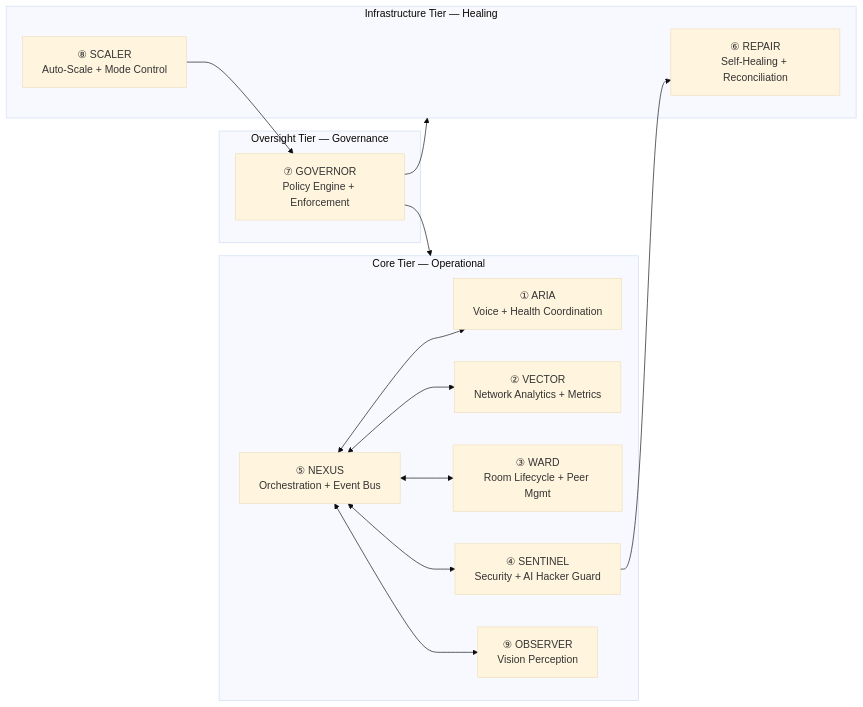
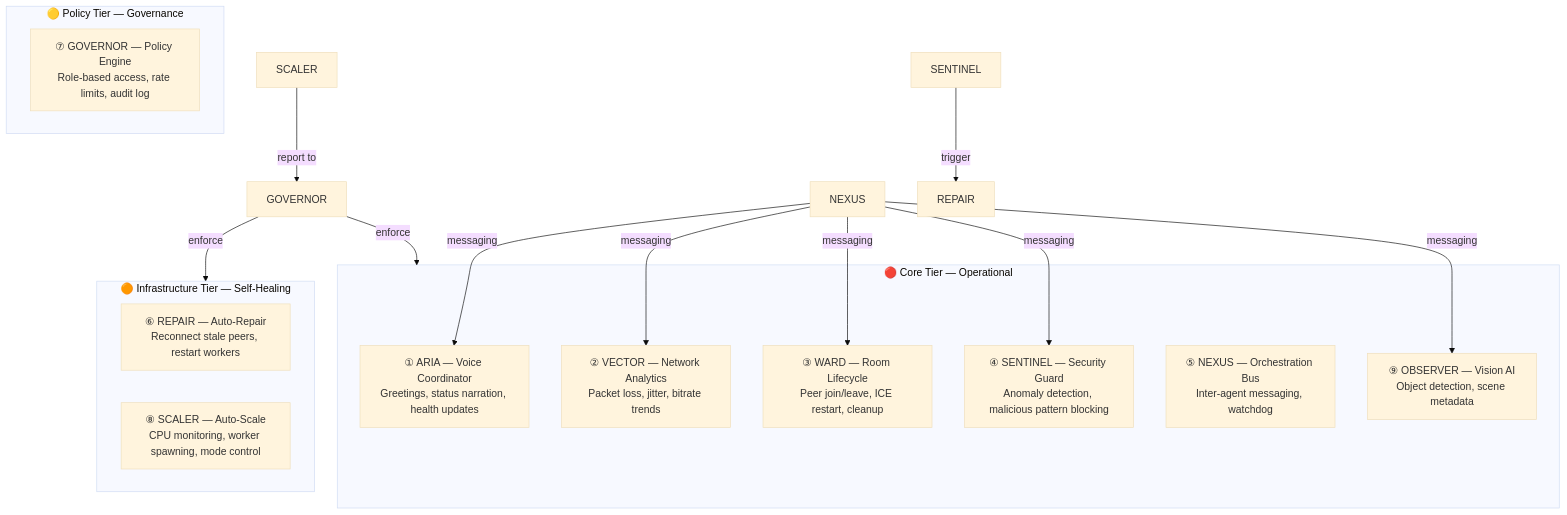
One commit to 4citeB4U/LeeWay-Edge-RTC changed the fourth of 4 diagrams in README.md. Above: the diagram before and after it, drawn with Mermaid (base theme). The commit also changed other lines of this file, not shown here.

Commit message:
Restructure README: app-focused with diagrams, SDK introduced in getting-started

````diff
--- a/README.md
+++ b/README.md
@@ -316,22 +147,25 @@
 ```mermaid
-graph LR
-  subgraph CORE_T["Core Tier — Operational"]
-    A1["① ARIA\nVoice + Health Coordination"]
-    A2["② VECTOR\nNetwork Analytics + Metrics"]
-    A3["③ WARD\nRoom Lifecycle + Peer Mgmt"]
-    A4["④ SENTINEL\nSecurity + AI Hacker Guard"]
-    A5["⑤ NEXUS\nOrchestration + Event Bus"]
-    A9["⑨ OBSERVER\nVision Perception"]
+graph TB
+  subgraph CORE_TIER["🔴 Core Tier — Operational"]
+    A1["① ARIA — Voice Coordinator\nGreetings, status narration, health updates"]
+    A2["② VECTOR — Network Analytics\nPacket loss, jitter, bitrate trends"]
+    A3["③ WARD — Room Lifecycle\nPeer join/leave, ICE restart, cleanup"]
+    A4["④ SENTINEL — Security Guard\nAnomaly detection, malicious pattern blocking"]
+    A5["⑤ NEXUS — Orchestration Bus\nInter-agent messaging, watchdog"]
+    A9["⑨ OBSERVER — Vision AI\nObject detection, scene metadata"]
   end
-  subgraph INFRA_T["Infrastructure Tier — Healing"]
-    A6["⑥ REPAIR\nSelf-Healing + Reconciliation"]
-    A8["⑧ SCALER\nAuto-Scale + Mode Control"]
+
+  subgraph INFRA_TIER["🟠 Infrastructure Tier — Self-Healing"]
+    A6["⑥ REPAIR — Auto-Repair\nReconnect stale peers, restart workers"]
+    A8["⑧ SCALER — Auto-Scale\nCPU monitoring, worker spawning, mode control"]
   end
-  subgraph OVER_T["Oversight Tier — Governance"]
-    A7["⑦ GOVERNOR\nPolicy Engine + Enforcement"]
+
+  subgraph POLICY_TIER["🟡 Policy Tier — Governance"]
+    A7["⑦ GOVERNOR — Policy Engine\nRole-based access, rate limits, audit log"]
   end
-  A5 <--> A1 & A2 & A3 & A4 & A9
-  A7 --> CORE_T & INFRA_T
-  A4 --> A6
-  A8 --> A7
+
+  NEXUS -->|"messaging"| A1 & A2 & A3 & A4 & A9
+  GOVERNOR -->|"enforce"| CORE_TIER & INFRA_TIER
+  SENTINEL -->|"trigger"| REPAIR
+  SCALER -->|"report to"| GOVERNOR
 ```
````
